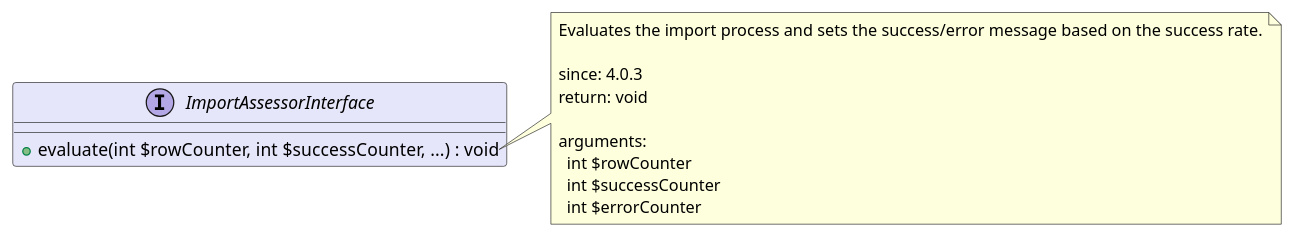
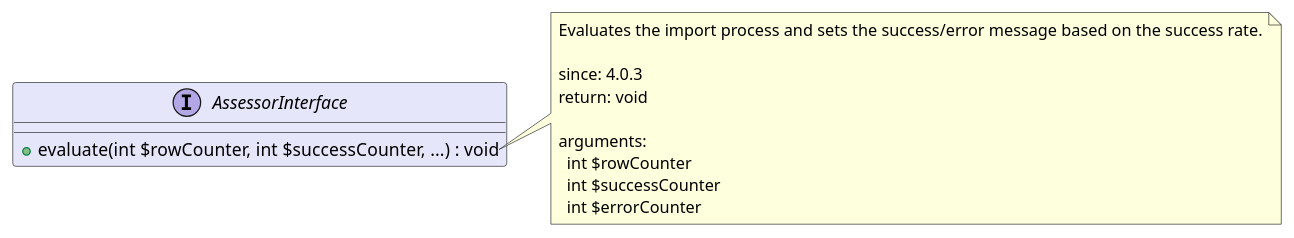
Before and after one commit to joomengine/super-powers: the diagram in src/57c00d53-5581-4fd1-b3ea-080422710243/README.md, drawn with PlantUML. The commit also changed other lines of this file and 87 other files, not shown here.

````diff
--- a/src/57c00d53-5581-4fd1-b3ea-080422710243/README.md
+++ b/src/57c00d53-5581-4fd1-b3ea-080422710243/README.md
@@ -5,21 +5,21 @@
 ```uml
 @startuml
 
-interface ImportAssessorInterface  #Lavender {
+interface AssessorInterface  #Lavender {
   + evaluate(int $rowCounter, int $successCounter, ...) : void
 }
 
-note right of ImportAssessorInterface::evaluate
+note right of AssessorInterface::evaluate
   Evaluates the import process and sets the success/error message based on the success rate.
 
   since: 4.0.3
   return: void
   
   arguments:
     int $rowCounter
     int $successCounter
     int $errorCounter
 end note
 
 @enduml
 ```
````
